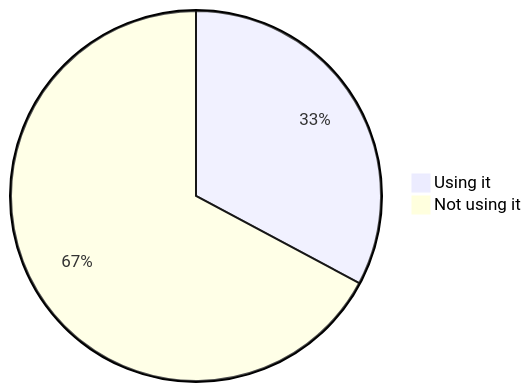
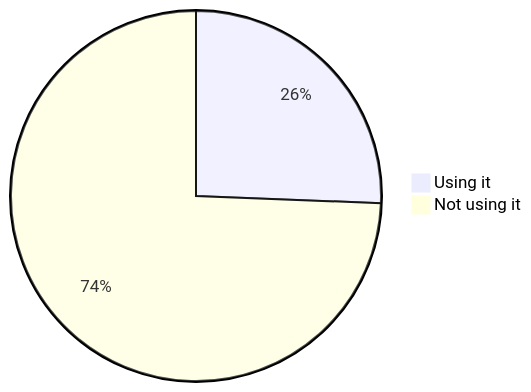
Before and after one commit to oshp/oshp-stats: diagram 16 of 22 in stats.md, drawn with Mermaid. The commit also changed other lines of this file, not shown here.

````diff
--- a/stats.md
+++ b/stats.md
@@ -190,6 +190,6 @@
 ```mermaid
 pie
-	"Using it" : 32.8
-	"Not using it" : 67.2
+	"Using it" : 25.62
+	"Not using it" : 74.38
 
 ```
````
